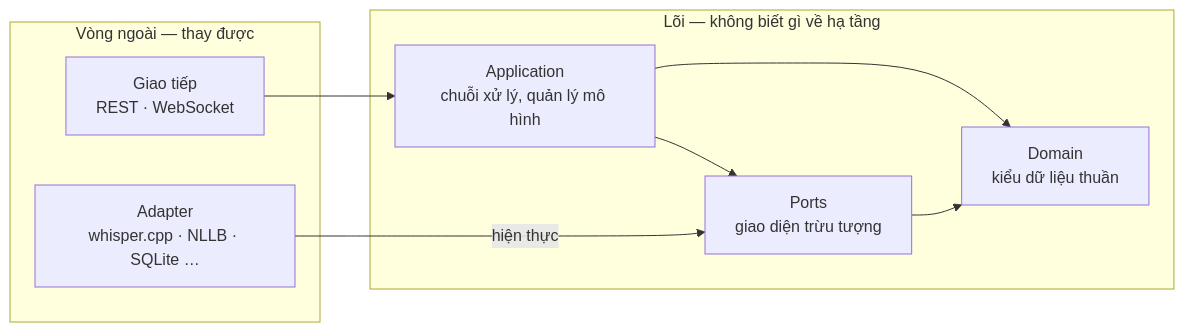
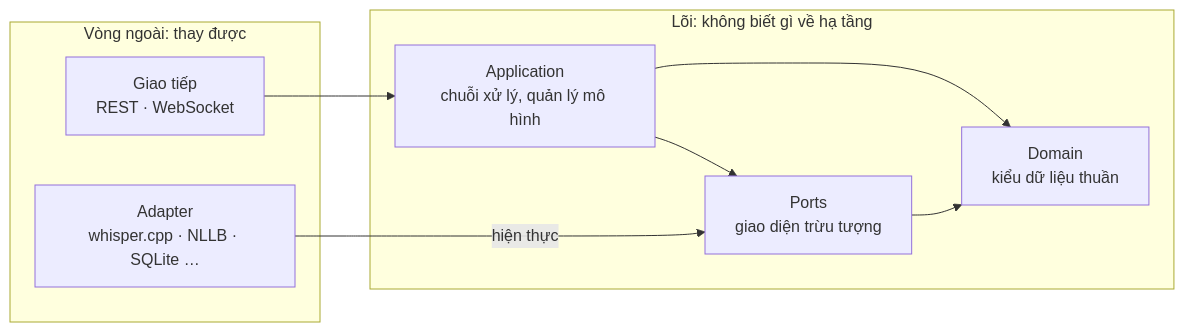
One commit to RokeyHung/local-live-voice-translator changed the diagram in docs/gvhd/khoa-luan-hinh/src/h2-1-luc-giac.mmd. Above: the diagram before and after it, drawn with Mermaid. The commit also changed 32 other files, not shown here.

```diff
--- a/docs/gvhd/khoa-luan-hinh/src/h2-1-luc-giac.mmd
+++ b/docs/gvhd/khoa-luan-hinh/src/h2-1-luc-giac.mmd
@@ -1,15 +1,15 @@
 flowchart LR
-    subgraph outer["Vòng ngoài — thay được"]
+    subgraph outer["Vòng ngoài: thay được"]
         TR["Giao tiếp<br/>REST · WebSocket"]
         AD["Adapter<br/>whisper.cpp · NLLB · SQLite …"]
     end
-    subgraph core["Lõi — không biết gì về hạ tầng"]
+    subgraph core["Lõi: không biết gì về hạ tầng"]
         AP["Application<br/>chuỗi xử lý, quản lý mô hình"]
         PO["Ports<br/>giao diện trừu tượng"]
         DO["Domain<br/>kiểu dữ liệu thuần"]
     end
     TR --> AP
     AD -->|"hiện thực"| PO
     AP --> PO
     AP --> DO
     PO --> DO
```
